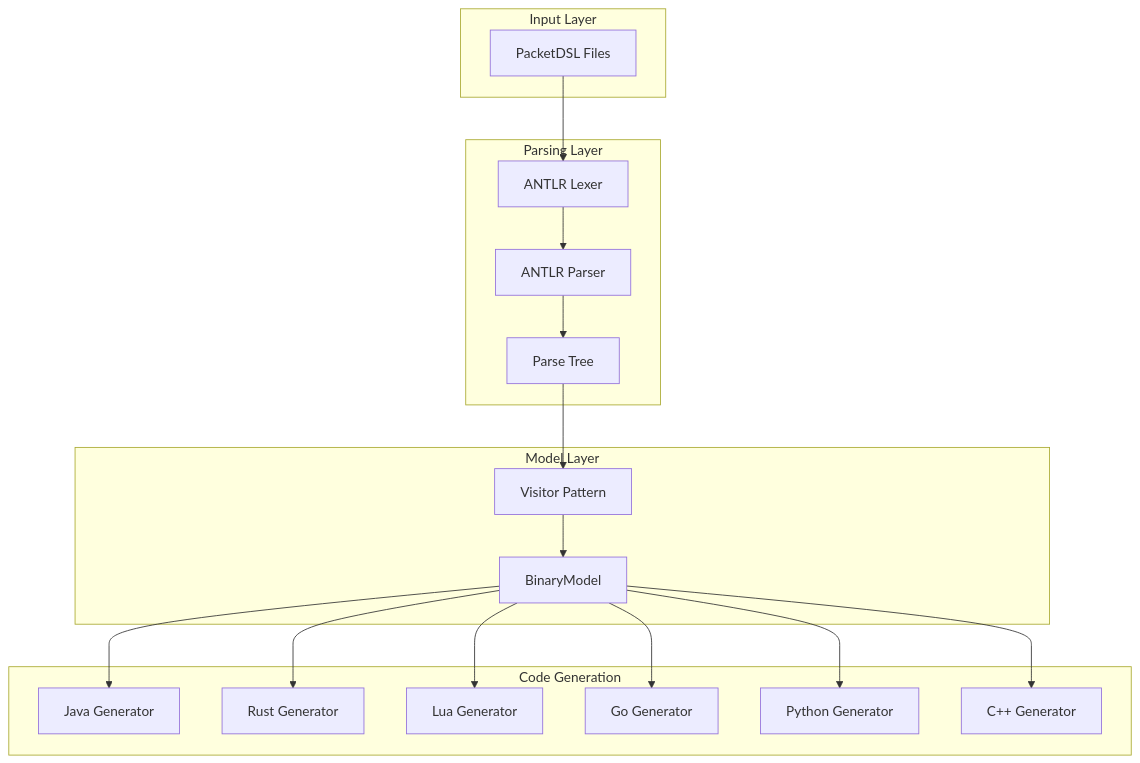
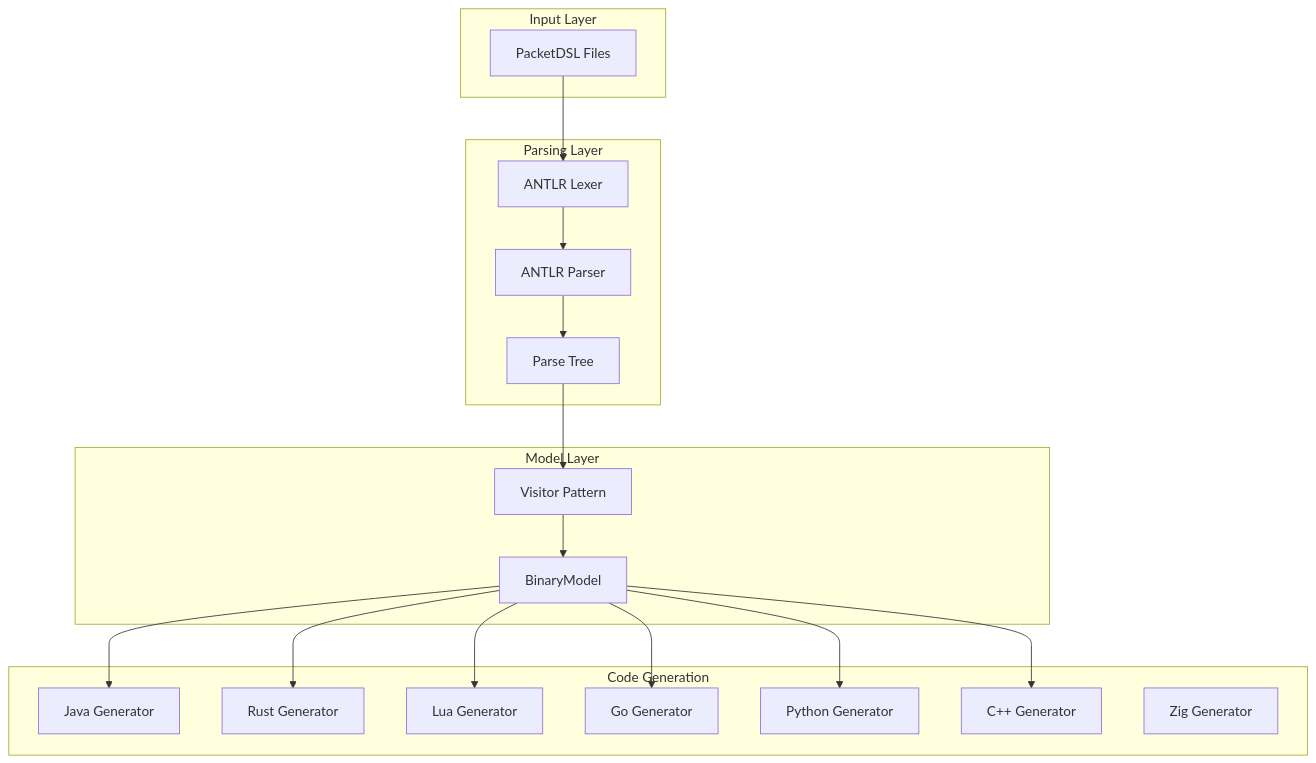
The first of 3 diagrams in readme-en.md (xinchentechnote/fin-protoc), drawn with Mermaid before and after one commit. The commit also changed other lines of this file and 7 other files, not shown here.

First line of the commit message:
feat: add Zig code generator (-z) targeting fin-proto-runtime-bin-zig

````diff
--- a/readme-en.md
+++ b/readme-en.md
@@ -26,38 +26,39 @@
 ```mermaid
 graph TB
     subgraph "Input Layer"
         A[PacketDSL Files]
     end
 
     subgraph "Parsing Layer"
         B[ANTLR Lexer]
         C[ANTLR Parser]
         D[Parse Tree]
     end
 
     subgraph "Model Layer"
         E[Visitor Pattern]
         F[BinaryModel]
     end
 
     subgraph "Code Generation"
         G[Java Generator]
         H[Rust Generator]
         I[Lua Generator]
         J[Go Generator]
         K[Python Generator]
         L[C++ Generator]
+        M[Zig Generator]
     end
 
     A --> B
     B --> C
     C --> D
     D --> E
     E --> F
     F --> G
     F --> H
     F --> I
     F --> J
     F --> K
     F --> L
 ```
````
